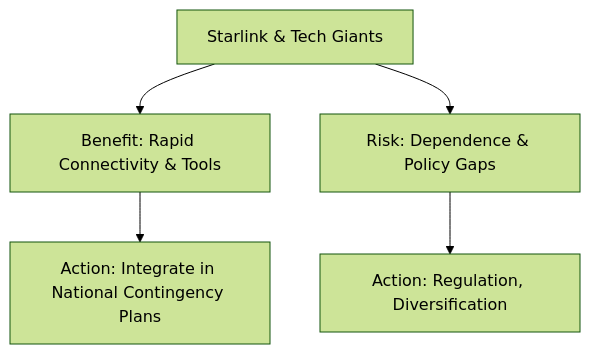
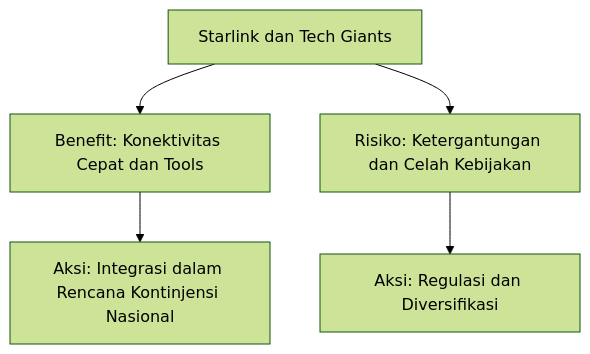
Before and after one commit to Cayvit/Forensik-Teknologi-Informasi-dan-Workshop-Siber-Warfare-Basic: the fifth of 6 diagrams in siber-warfare-basic/Tugas3-4_Cyber_Warfare.md, drawn with Mermaid (forest theme). The commit also changed other lines of this file, not shown here.

Commit message:
Update Mermaid diagrams for clarity and consistency

````diff
--- a/siber-warfare-basic/Tugas3-4_Cyber_Warfare.md
+++ b/siber-warfare-basic/Tugas3-4_Cyber_Warfare.md
@@ -248,8 +250,9 @@
 ```mermaid
 graph TD
-  S[Starlink & Tech Giants]
-  S --> A[Benefit: Rapid Connectivity & Tools]
-  S --> B[Risk: Dependence & Policy Gaps]
-  A --> C[Action: Integrate in National Contingency Plans]
-  B --> D[Action: Regulation, Diversification]
+  S[Starlink dan Tech Giants]
+  S --> A[Benefit: Konektivitas Cepat dan Tools]
+  S --> B[Risiko: Ketergantungan dan Celah Kebijakan]
+  A --> C[Aksi: Integrasi dalam Rencana Kontinjensi Nasional]
+  B --> D[Aksi: Regulasi dan Diversifikasi]
+
 ```
````
